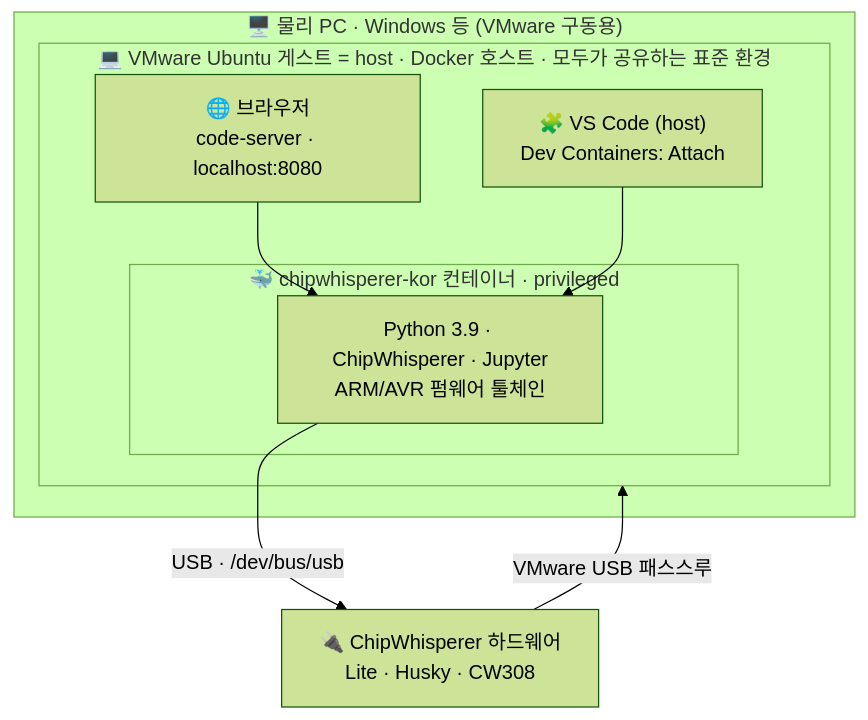
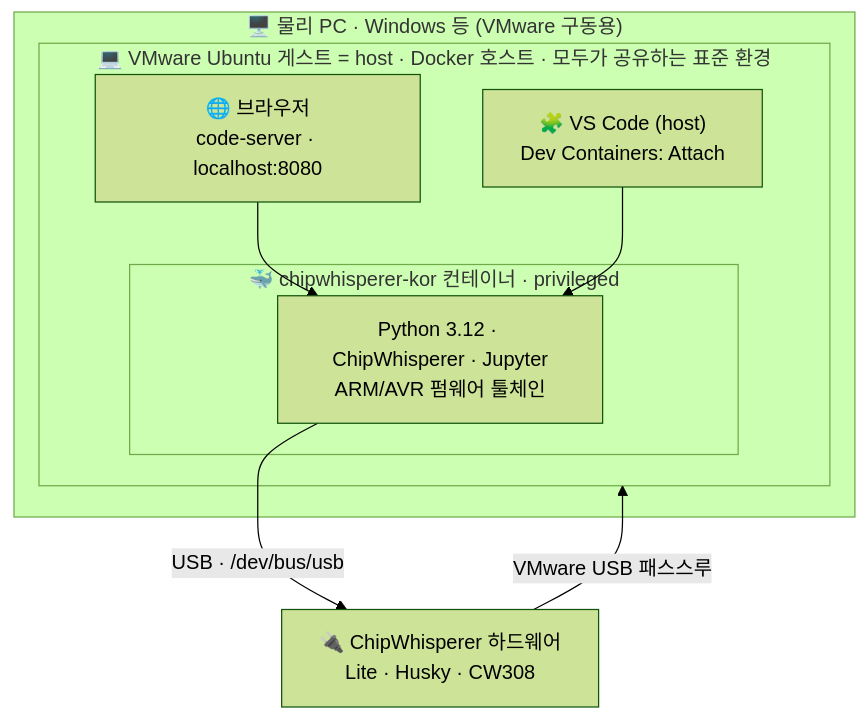
One commit to chipwhisperer-kor/chipwhisperer-kor changed the first of 2 diagrams in README.md. Above: the diagram before and after it, drawn with Mermaid (forest theme). The commit also changed other lines of this file and 45 other files, not shown here.

````diff
--- a/README.md
+++ b/README.md
@@ -116,19 +108,19 @@
 ```mermaid
 flowchart TB
     subgraph PC["🖥️ 물리 PC · Windows 등 (VMware 구동용)"]
       subgraph GUEST["💻 VMware Ubuntu 게스트 = host · Docker 호스트 · 모두가 공유하는 표준 환경"]
         B["🌐 브라우저<br/>code-server · localhost:8080"]
         V["🧩 VS Code (host)<br/>Dev Containers: Attach"]
         subgraph CONTAINER["🐳 chipwhisperer-kor 컨테이너 · privileged"]
-          APP["Python 3.9 · ChipWhisperer · Jupyter<br/>ARM/AVR 펌웨어 툴체인"]
+          APP["Python 3.12 · ChipWhisperer · Jupyter<br/>ARM/AVR 펌웨어 툴체인"]
         end
       end
     end
 
     HW["🔌 ChipWhisperer 하드웨어<br/>Lite · Husky · CW308"]
 
     B --> APP
     V --> APP
     APP -->|USB · /dev/bus/usb| HW
     HW -->|VMware USB 패스스루| GUEST
 ```
````
